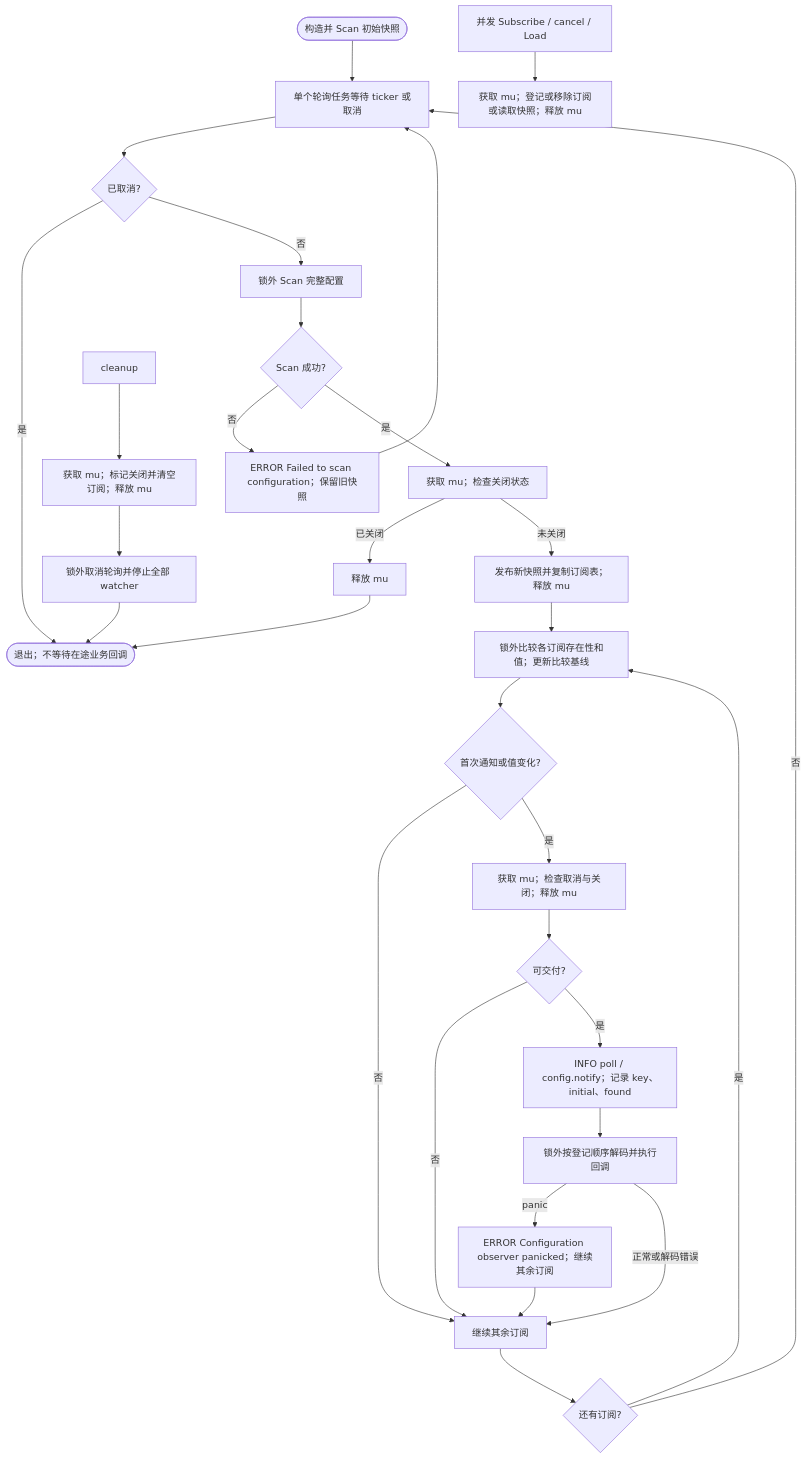
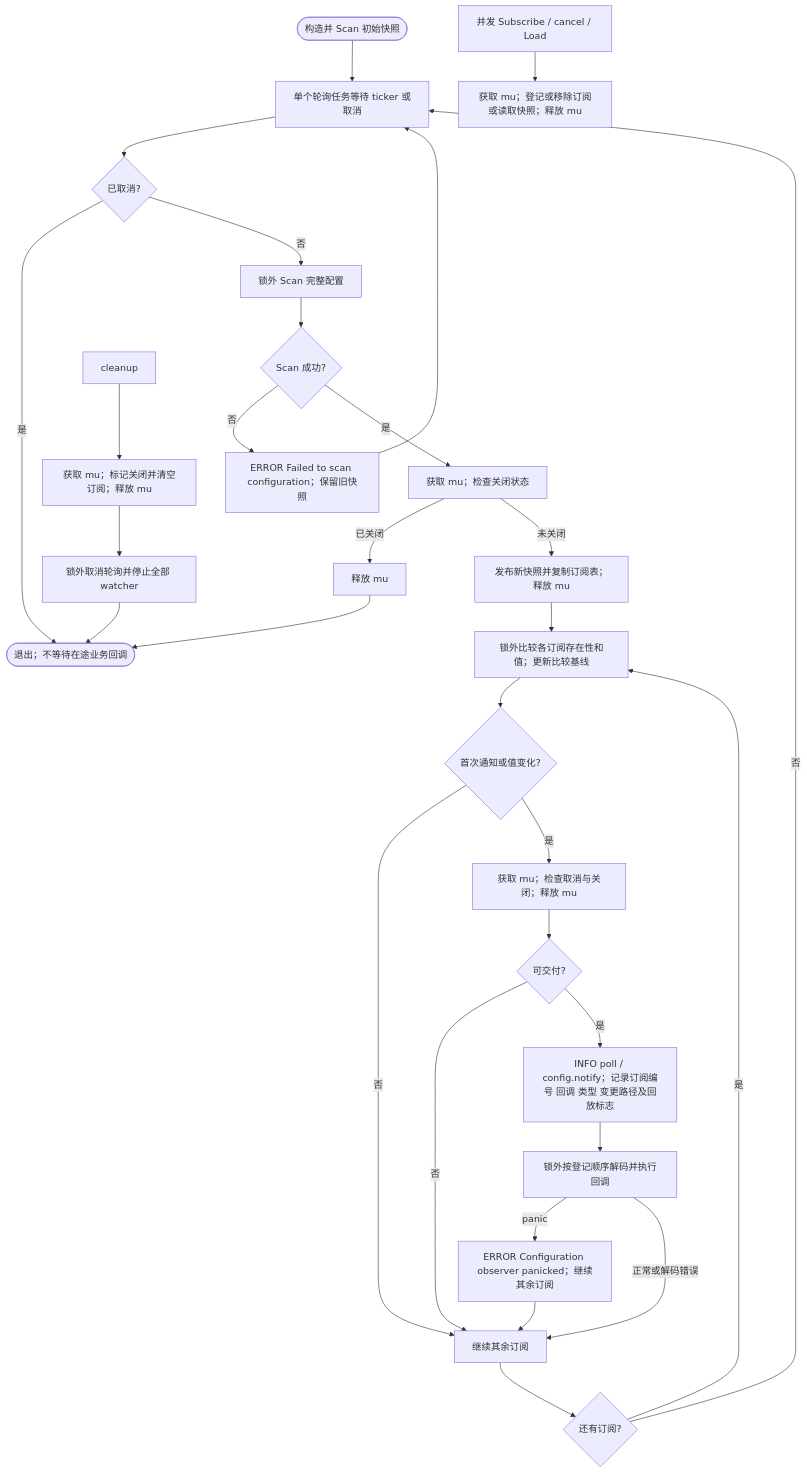
The second of 3 diagrams in pkg/config/README.md (jaggerzhuang1994/kratos-foundation), drawn with Mermaid before and after one commit. The commit also changed other lines of this file and 5 other files, not shown here.

````diff
--- a/pkg/config/README.md
+++ b/pkg/config/README.md
@@ -128,32 +143,32 @@
 ```mermaid
 flowchart TD
  A([构造并 Scan 初始快照]) --> B[单个轮询任务等待 ticker 或取消]
  B --> C{已取消?}
  C -- 是 --> Z([退出；不等待在途业务回调])
  C -- 否 --> D[锁外 Scan 完整配置]
  D --> E{Scan 成功?}
  E -- 否 --> F[ERROR Failed to scan configuration；保留旧快照]
  F --> B
  E -- 是 --> G[获取 mu；检查关闭状态]
  G -- 已关闭 --> G1[释放 mu]
  G1 --> Z
  G -- 未关闭 --> H[发布新快照并复制订阅表；释放 mu]
  H --> I[锁外比较各订阅存在性和值；更新比较基线]
  I --> J{首次通知或值变化?}
  J -- 否 --> O
  J -- 是 --> K[获取 mu；检查取消与关闭；释放 mu]
  K --> L{可交付?}
  L -- 否 --> O
- L -- 是 --> L1[INFO poll / config.notify；记录 key、initial、found]
+ L -- 是 --> L1[INFO poll / config.notify；记录订阅编号 回调 类型 变更路径及回放标志]
  L1 --> M[锁外按登记顺序解码并执行回调]
  M -- panic --> N[ERROR Configuration observer panicked；继续其余订阅]
  M -- 正常或解码错误 --> O[继续其余订阅]
  N --> O
  O --> U{还有订阅?}
  U -- 是 --> I
  U -- 否 --> B
  P[并发 Subscribe / cancel / Load] --> Q[获取 mu；登记或移除订阅或读取快照；释放 mu]
  R[cleanup] --> S[获取 mu；标记关闭并清空订阅；释放 mu]
  S --> T[锁外取消轮询并停止全部 watcher]
  T --> Z
 ```
````
